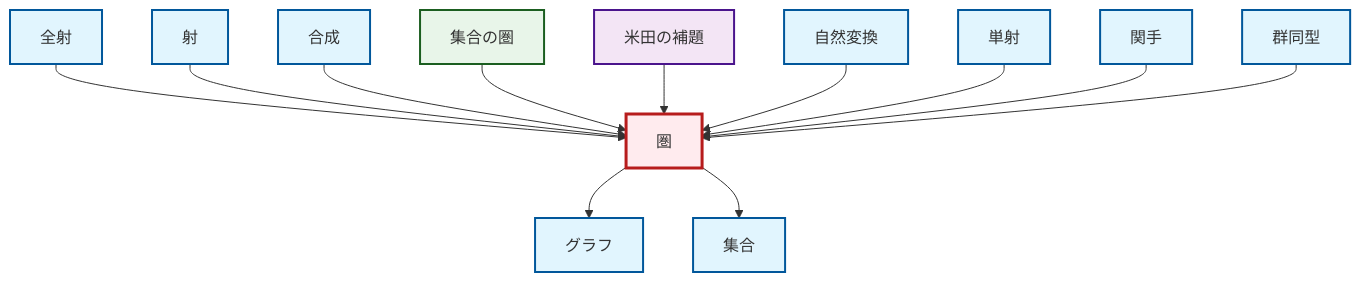
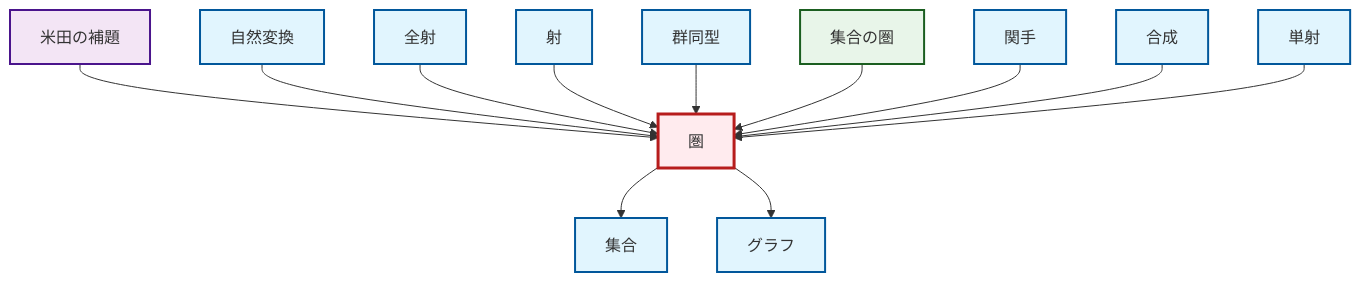
Before and after one commit to RK0429/ModernMath: the diagram in output/mermaid/ja/def-category.mermaid, drawn with Mermaid. The commit also changed other lines of this file and 3102 other files, not shown here.

```diff
--- a/output/mermaid/ja/def-category.mermaid
+++ b/output/mermaid/ja/def-category.mermaid
@@ -1,30 +1,30 @@
 graph TD
     classDef definition fill:#e1f5fe,stroke:#01579b,stroke-width:2px
     classDef theorem fill:#f3e5f5,stroke:#4a148c,stroke-width:2px
     classDef axiom fill:#fff3e0,stroke:#e65100,stroke-width:2px
     classDef example fill:#e8f5e9,stroke:#1b5e20,stroke-width:2px
     classDef current fill:#ffebee,stroke:#b71c1c,stroke-width:3px
+    def-graph["グラフ"]:::definition
+    def-monomorphism["単射"]:::definition
+    def-epimorphism["全射"]:::definition
+    def-composition["合成"]:::definition
+    def-morphism["射"]:::definition
+    def-functor["関手"]:::definition
+    def-natural-transformation["自然変換"]:::definition
+    def-category["圏"]:::definition
+    def-set["集合"]:::definition
+    def-isomorphism["群同型"]:::definition
+    thm-yoneda["米田の補題"]:::theorem
     ex-set-category["集合の圏"]:::example
-    def-monomorphism["単射"]:::definition
-    def-morphism["射"]:::definition
-    def-category["圏"]:::definition
-    thm-yoneda["米田の補題"]:::theorem
-    def-graph["グラフ"]:::definition
-    def-composition["合成"]:::definition
-    def-set["集合"]:::definition
-    def-natural-transformation["自然変換"]:::definition
-    def-functor["関手"]:::definition
-    def-isomorphism["群同型"]:::definition
-    def-epimorphism["全射"]:::definition
+    thm-yoneda --> def-category
+    def-natural-transformation --> def-category
     def-epimorphism --> def-category
     def-morphism --> def-category
-    def-category --> def-graph
-    def-composition --> def-category
-    ex-set-category --> def-category
-    thm-yoneda --> def-category
-    def-natural-transformation --> def-category
-    def-monomorphism --> def-category
-    def-functor --> def-category
     def-isomorphism --> def-category
     def-category --> def-set
+    ex-set-category --> def-category
+    def-functor --> def-category
+    def-composition --> def-category
+    def-category --> def-graph
+    def-monomorphism --> def-category
     class def-category current
```
